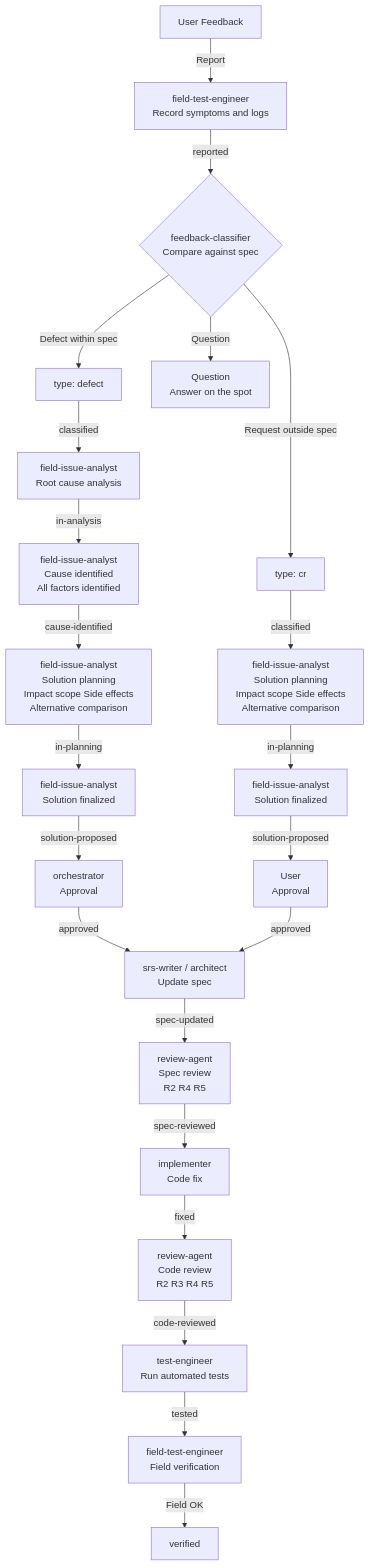
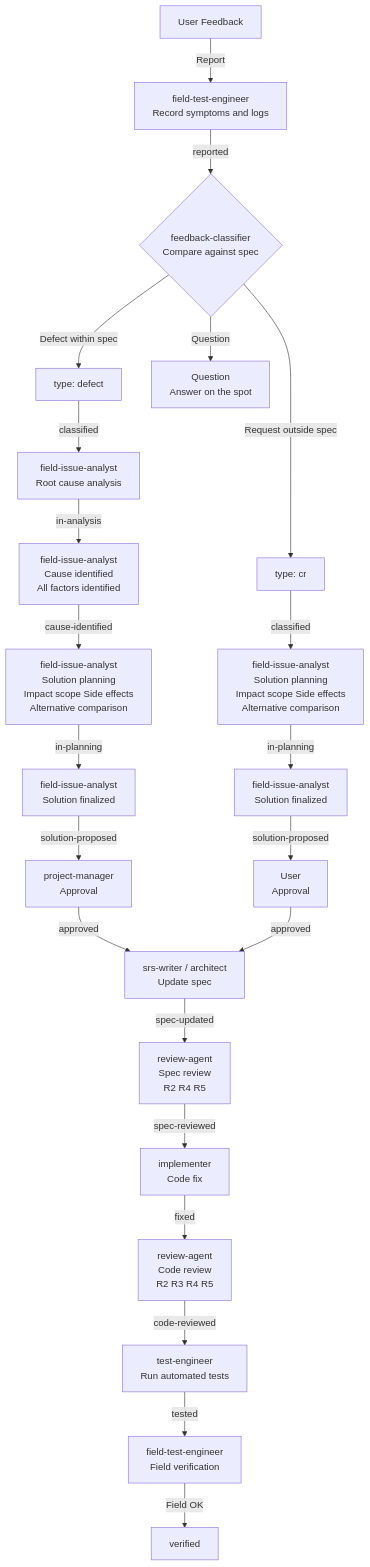
One commit to GoodRelax/gr-sw-maker changed the diagram in framework-src/en/process-rules/field-issue-handling-rules.md. Above: the diagram before and after it, drawn with Mermaid. The commit also changed other lines of this file and 73 other files, not shown here.

````diff
--- a/framework-src/en/process-rules/field-issue-handling-rules.md
+++ b/framework-src/en/process-rules/field-issue-handling-rules.md
@@ -59,52 +59,52 @@
 ```mermaid
 flowchart TD
     Start["User Feedback"]
     FTE["field-test-engineer<br/>Record symptoms and logs"]
     FC{"feedback-classifier<br/>Compare against spec"}
     DEF["type: defect"]
     CR["type: cr"]
     Q["Question<br/>Answer on the spot"]
 
     FIA_D1["field-issue-analyst<br/>Root cause analysis"]
     FIA_D2["field-issue-analyst<br/>Cause identified<br/>All factors identified"]
     FIA_D3["field-issue-analyst<br/>Solution planning<br/>Impact scope Side effects<br/>Alternative comparison"]
     FIA_D4["field-issue-analyst<br/>Solution finalized"]
 
     FIA_C1["field-issue-analyst<br/>Solution planning<br/>Impact scope Side effects<br/>Alternative comparison"]
     FIA_C2["field-issue-analyst<br/>Solution finalized"]
 
-    ORC["orchestrator<br/>Approval"]
+    ORC["project-manager<br/>Approval"]
     USR["User<br/>Approval"]
     SPEC["srs-writer / architect<br/>Update spec"]
     SREV["review-agent<br/>Spec review<br/>R2 R4 R5"]
     IMP["implementer<br/>Code fix"]
     CREV["review-agent<br/>Code review<br/>R2 R3 R4 R5"]
     TE["test-engineer<br/>Run automated tests"]
     FTE2["field-test-engineer<br/>Field verification"]
     DONE["verified"]
 
     Start -->|"Report"| FTE
     FTE -->|"reported"| FC
     FC -->|"Defect within spec"| DEF
     FC -->|"Request outside spec"| CR
     FC -->|"Question"| Q
 
     DEF -->|"classified"| FIA_D1
     FIA_D1 -->|"in-analysis"| FIA_D2
     FIA_D2 -->|"cause-identified"| FIA_D3
     FIA_D3 -->|"in-planning"| FIA_D4
     FIA_D4 -->|"solution-proposed"| ORC
 
     CR -->|"classified"| FIA_C1
     FIA_C1 -->|"in-planning"| FIA_C2
     FIA_C2 -->|"solution-proposed"| USR
 
     ORC -->|"approved"| SPEC
     USR -->|"approved"| SPEC
     SPEC -->|"spec-updated"| SREV
     SREV -->|"spec-reviewed"| IMP
     IMP -->|"fixed"| CREV
     CREV -->|"code-reviewed"| TE
     TE -->|"tested"| FTE2
     FTE2 -->|"Field OK"| DONE
 ```
````
